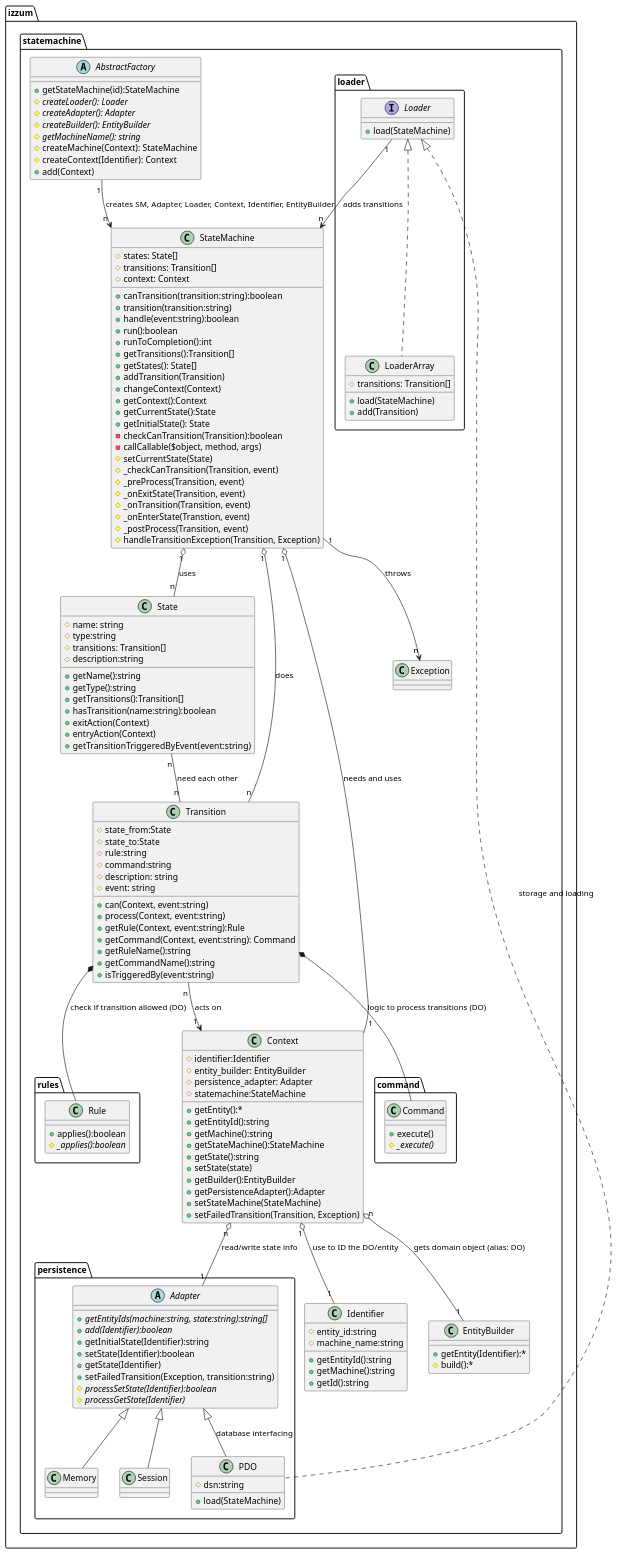
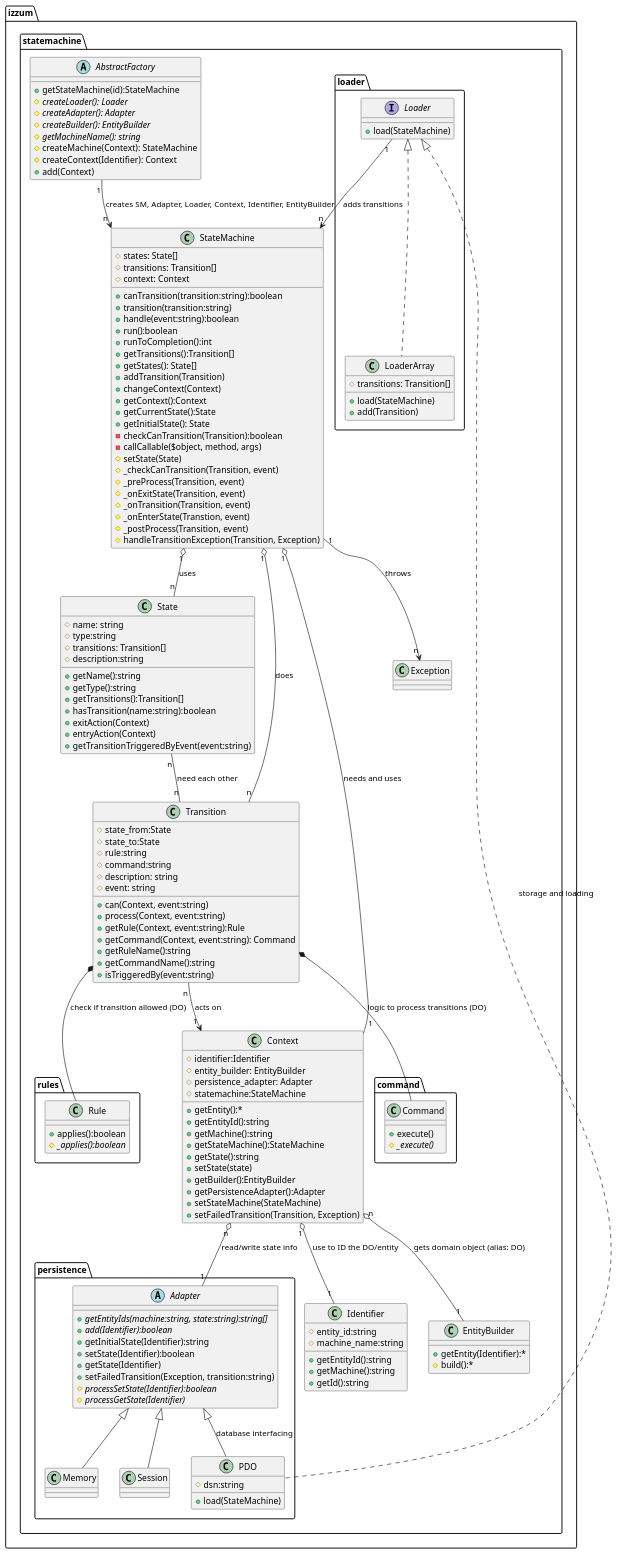
Before and after one commit to rolfvreijdenberger/izzum-statemachine: the diagram in assets/uml/class_diagram_izzum.puml, drawn with PlantUML. The commit also changed 53 other files, not shown here.

```diff
--- a/assets/uml/class_diagram_izzum.puml
+++ b/assets/uml/class_diagram_izzum.puml
@@ -1,176 +1,176 @@
 @startuml
 
 package izzum.statemachine {
     Class StateMachine {
       # states: State[]
       # transitions: Transition[]
       # context: Context
       + canTransition(transition:string):boolean
       + transition(transition:string)
       + handle(event:string):boolean
       + run():boolean
       + runToCompletion():int
       + getTransitions():Transition[]
       + getStates(): State[]
       + addTransition(Transition)
       + changeContext(Context)
       + getContext():Context
       + getCurrentState():State
       + getInitialState(): State
       - checkCanTransition(Transition):boolean
       - callCallable($object, method, args)
-      # setCurrentState(State)
+      # setState(State)
       # _checkCanTransition(Transition, event)
       # _preProcess(Transition, event)
       # _onExitState(Transition, event)
       # _onTransition(Transition, event)
       # _onEnterState(Transtion, event)
       # _postProcess(Transition, event)
       # handleTransitionException(Transition, Exception)   
     }
     
     Class State {
         # name: string
         # type:string
         # transitions: Transition[]
         # description:string
         + getName():string
         + getType():string
         + getTransitions():Transition[]
         + hasTransition(name:string):boolean
         + exitAction(Context)
         + entryAction(Context)
         + getTransitionTriggeredByEvent(event:string)
     }
     Class Transition {
         # state_from:State
         # state_to:State
         # rule:string
         # command:string
         # description: string
         # event: string
         + can(Context, event:string)
         + process(Context, event:string)
         + getRule(Context, event:string):Rule
         + getCommand(Context, event:string): Command
         + getRuleName():string
         + getCommandName():string
         + isTriggeredBy(event:string)
     }
     Class Context {
         # identifier:Identifier
         # entity_builder: EntityBuilder
         # persistence_adapter: Adapter
         # statemachine:StateMachine
         + getEntity():*
         + getEntityId():string
         + getMachine():string
         + getStateMachine():StateMachine
         + getState():string
         + setState(state)
         + getBuilder():EntityBuilder
         + getPersistenceAdapter():Adapter
         + setStateMachine(StateMachine)
         + setFailedTransition(Transition, Exception)
     }
     
     Class Identifier {
     	# entity_id:string
     	# machine_name:string
     	+ getEntityId():string
     	+ getMachine():string
     	+ getId():string
     }
 
     Class EntityBuilder {
         + getEntity(Identifier):*
         # build():*
     }
     package persistence {
       abstract Class Adapter {
         + {abstract} getEntityIds(machine:string, state:string):string[]
         + {abstract} add(Identifier):boolean
         + getInitialState(Identifier):string
         + setState(Identifier):boolean
         + getState(Identifier)
         + setFailedTransition(Exception, transition:string)
         # {abstract} processSetState(Identifier):boolean
         # {abstract} processGetState(Identifier)
       }
 
       Class PDO {
         #dsn:string
         + load(StateMachine)
       }
 
       Class Memory {
 
       }
 
       Class Session {
 
       }
 
     }
 
         abstract Class AbstractFactory {
             + getStateMachine(id):StateMachine
             # {abstract} createLoader(): Loader
             # {abstract} createAdapter(): Adapter
             # {abstract} createBuilder(): EntityBuilder
             # {abstract} getMachineName(): string
             # createMachine(Context): StateMachine
             # createContext(Identifier): Context
             +add(Context)
         }
 
     package loader {
         Interface Loader {
           +load(StateMachine)
         }
         Class LoaderArray {
           # transitions: Transition[]
           + load(StateMachine)
           + add(Transition)
         }
     }
 
     Class Exception
 
     package command {
       Class Command {
         +execute()
         #{abstract}_execute()
       }
     }
 
     package rules {
       Class Rule {
         +applies():boolean
         #{abstract}_applies():boolean
       }
     }
 
 }
     StateMachine "1" o-- "n" State : uses
     StateMachine "1" o-- "n" Transition : does
     StateMachine "1" o-- "1" Context : needs and uses
     StateMachine "1" --> "n" Exception: throws
     Context "n" o-- "1" EntityBuilder : gets domain object (alias: DO)
     Context "n" o-- "1" Adapter : read/write state info
     Context "1" o-- "1" Identifier : use to ID the DO/entity
     State "n" -- "n" Transition : need each other
     Adapter <|-- Memory
     Adapter <|-- PDO : database interfacing
     Adapter <|-- Session
     Loader <|.. PDO : storage and loading
     Loader <|.. LoaderArray 
     Transition *-- Command : logic to process transitions (DO)
     Transition *-- Rule : check if transition allowed (DO)
     Transition "n" --> "1" Context : acts on
     AbstractFactory "1" --> "n" StateMachine: creates SM, Adapter, Loader, Context, Identifier, EntityBuilder
     Loader "1" --> "n" StateMachine : adds transitions
 
 
 
 @enduml
```
